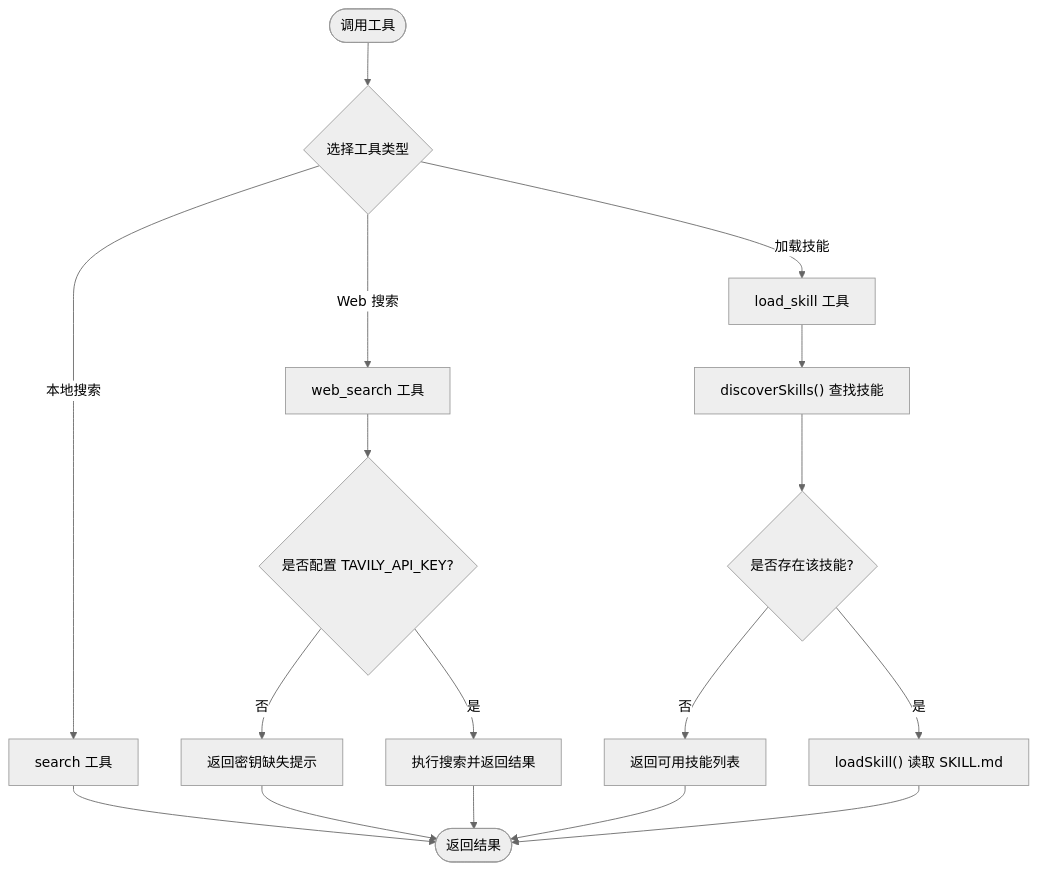
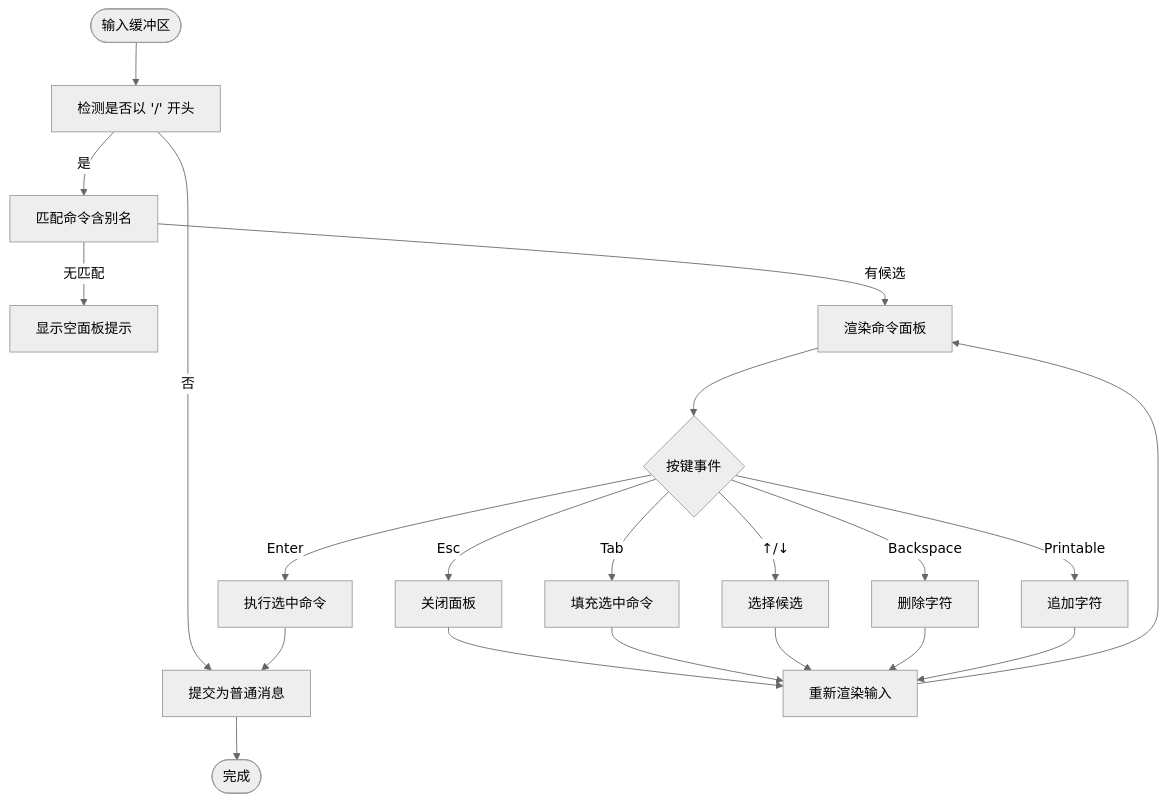
Before and after one commit to HAOFUYANG/onion-code: the fourth of 8 diagrams in .qoder/repowiki/zh/content/快速开始.md, drawn with Mermaid (neutral theme). The commit also changed other lines of this file and 58 other files, not shown here.

````diff
--- a/.qoder/repowiki/zh/content/快速开始.md
+++ b/.qoder/repowiki/zh/content/快速开始.md
@@ -172,19 +158,23 @@
 ```mermaid
 flowchart TD
-Start(["调用工具"]) --> Choose{"选择工具类型"}
-Choose --> |本地搜索| Search["search 工具"]
-Choose --> |Web 搜索| WebSearch["web_search 工具"]
-Choose --> |加载技能| LoadSkill["load_skill 工具"]
-Search --> Done(["返回结果"])
-WebSearch --> CheckKey{"是否配置 TAVILY_API_KEY?"}
-CheckKey --> |否| ErrKey["返回密钥缺失提示"]
-CheckKey --> |是| DoSearch["执行搜索并返回结果"]
-LoadSkill --> Discover["discoverSkills() 查找技能"]
-Discover --> Found{"是否存在该技能?"}
-Found --> |否| ErrNotFound["返回可用技能列表"]
-Found --> |是| Read["loadSkill() 读取 SKILL.md"]
-Read --> Done
-DoSearch --> Done
-ErrKey --> Done
-ErrNotFound --> Done
+S(["输入缓冲区"]) --> Check["检测是否以 '/' 开头"]
+Check --> |否| Submit["提交为普通消息"]
+Check --> |是| Match["匹配命令含别名"]
+Match --> |无匹配| ShowEmpty["显示空面板提示"]
+Match --> |有候选| Panel["渲染命令面板"]
+Panel --> Keys{"按键事件"}
+Keys --> |↑/↓| Select["选择候选"]
+Keys --> |Tab| Fill["填充选中命令"]
+Keys --> |Esc| Dismiss["关闭面板"]
+Keys --> |Enter| Exec["执行选中命令"]
+Keys --> |Backspace| Back["删除字符"]
+Keys --> |Printable| Append["追加字符"]
+Exec --> Submit
+Dismiss --> Render["重新渲染输入"]
+Fill --> Render
+Select --> Render
+Back --> Render
+Append --> Render
+Render --> Panel
+Submit --> Done(["完成"])
 ```
````
